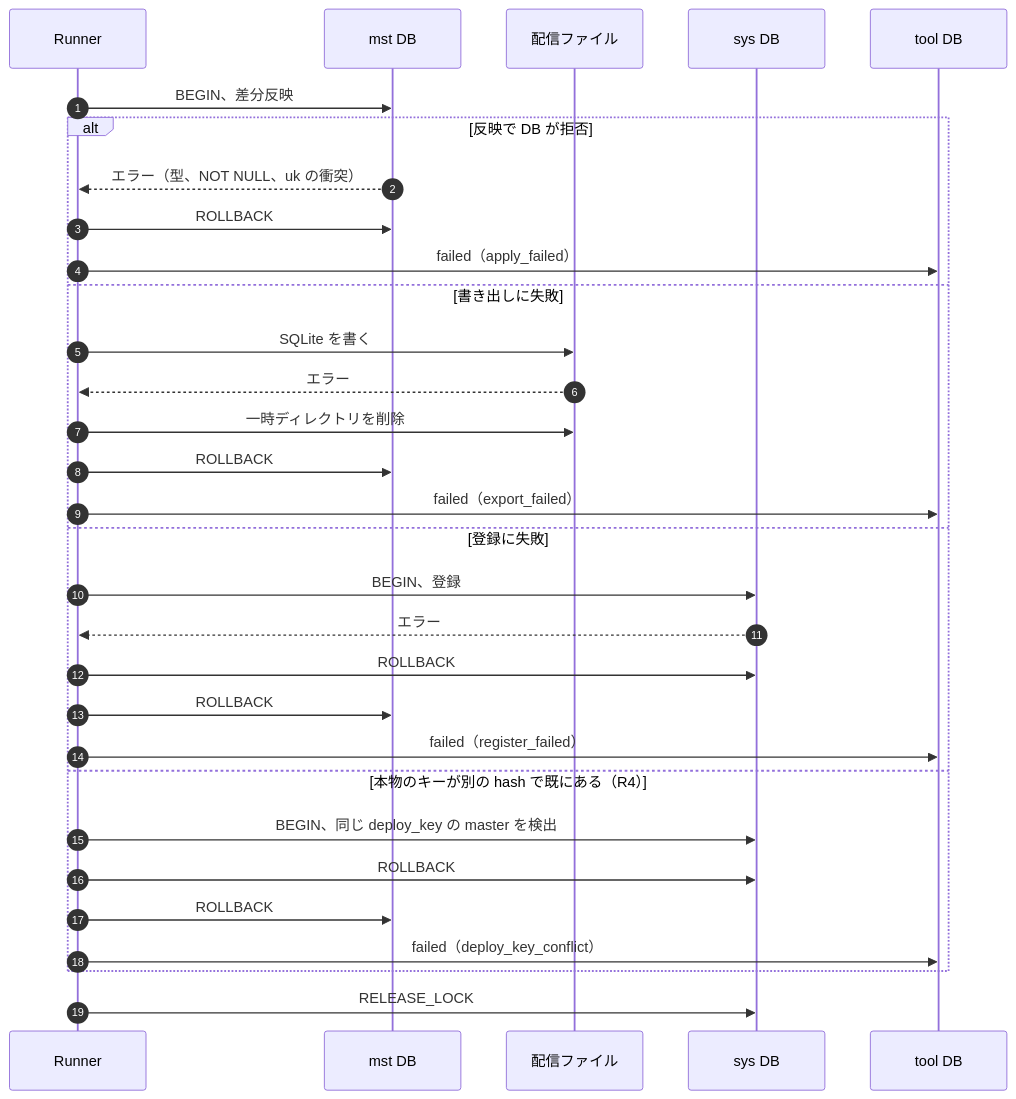
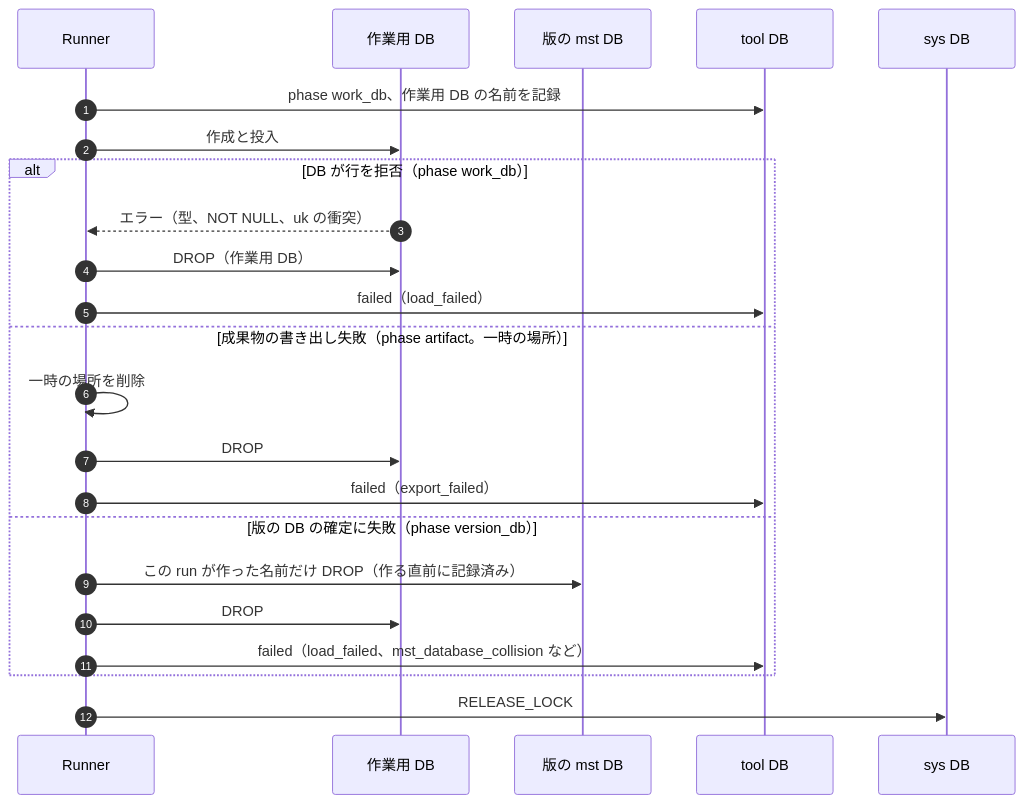
One commit to BENieBlack/NexusMobileGameServer-Laravel changed diagram 13 of 20 in docs/design/master-distribution/sequence.md. Above: the diagram before and after it, drawn with Mermaid. The commit also changed other lines of this file and 2 other files, not shown here.

Commit message:
docs: マスター配信のサーバー設計（db・api・sequence）を版ごとの mst DB と start_at の切り替えに書き直す（design-change） (#47)

````diff
--- a/docs/design/master-distribution/sequence.md
+++ b/docs/design/master-distribution/sequence.md
@@ -135,34 +474,26 @@
 ```mermaid
 sequenceDiagram
     autonumber
     participant R as Runner
-    participant MST as mst DB
-    participant FS as 配信ファイル
+    participant WK as 作業用 DB
+    participant MST as 版の mst DB
+    participant TOL as tool DB
     participant SYS as sys DB
-    participant TOL as tool DB
 
-    R->>MST: BEGIN、差分反映
-    alt 反映で DB が拒否
-        MST-->>R: エラー（型、NOT NULL、uk の衝突）
-        R->>MST: ROLLBACK
-        R->>TOL: failed（apply_failed）
-    else 書き出しに失敗
-        R->>FS: SQLite を書く
-        FS-->>R: エラー
-        R->>FS: 一時ディレクトリを削除
-        R->>MST: ROLLBACK
+    R->>TOL: phase work_db、作業用 DB の名前を記録
+    R->>WK: 作成と投入
+    alt DB が行を拒否（phase work_db）
+        WK-->>R: エラー（型、NOT NULL、uk の衝突）
+        R->>WK: DROP（作業用 DB）
+        R->>TOL: failed（load_failed）
+    else 成果物の書き出し失敗（phase artifact。一時の場所）
+        R->>R: 一時の場所を削除
+        R->>WK: DROP
         R->>TOL: failed（export_failed）
-    else 登録に失敗
-        R->>SYS: BEGIN、登録
-        SYS-->>R: エラー
-        R->>SYS: ROLLBACK
-        R->>MST: ROLLBACK
-        R->>TOL: failed（register_failed）
-    else 本物のキーが別の hash で既にある（R4）
-        R->>SYS: BEGIN、同じ deploy_key の master を検出
-        R->>SYS: ROLLBACK
-        R->>MST: ROLLBACK
-        R->>TOL: failed（deploy_key_conflict）
+    else 版の DB の確定に失敗（phase version_db）
+        R->>MST: この run が作った名前だけ DROP（作る直前に記録済み）
+        R->>WK: DROP
+        R->>TOL: failed（load_failed、mst_database_collision など）
     end
     R->>SYS: RELEASE_LOCK
 ```
````
